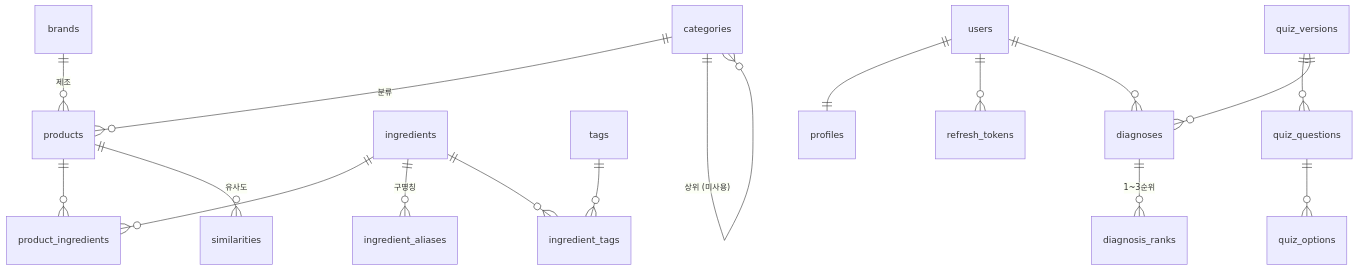
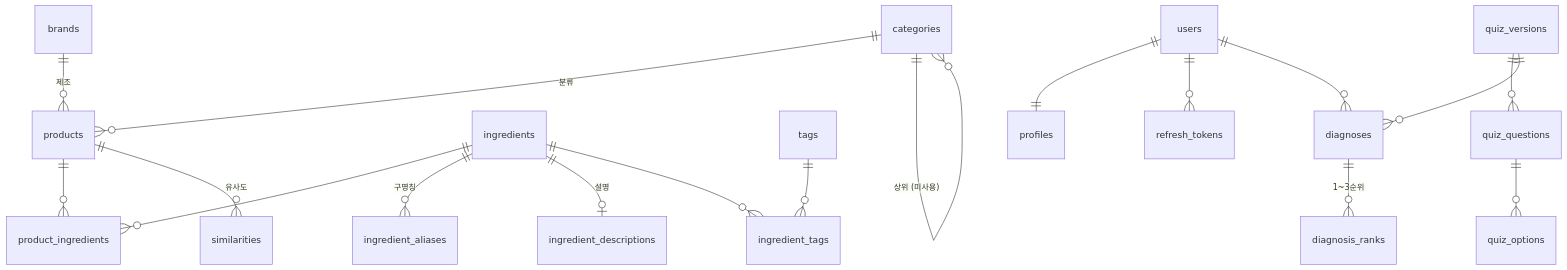
Before and after one commit to EunSeong-Jo/capstone: the diagram in docs/db-schema.md, drawn with Mermaid. The commit also changed other lines of this file and 5 other files, not shown here.

First line of the commit message:
feat(db): 성분 설명 테이블 ingredient_descriptions 추가

````diff
--- a/docs/db-schema.md
+++ b/docs/db-schema.md
@@ -56,19 +56,20 @@
 ```mermaid
 erDiagram
   brands          ||--o{ products : "제조"
   categories      ||--o{ products : "분류"
   categories      ||--o{ categories : "상위 (미사용)"
   products        ||--o{ product_ingredients : ""
   ingredients     ||--o{ product_ingredients : ""
   ingredients     ||--o{ ingredient_aliases : "구명칭"
+  ingredients     ||--o| ingredient_descriptions : "설명"
   ingredients     ||--o{ ingredient_tags : ""
   tags            ||--o{ ingredient_tags : ""
   products        ||--o{ similarities : "유사도"
   users           ||--|| profiles : ""
   users           ||--o{ refresh_tokens : ""
   users           ||--o{ diagnoses : ""
   quiz_versions   ||--o{ quiz_questions : ""
   quiz_versions   ||--o{ diagnoses : ""
   quiz_questions  ||--o{ quiz_options : ""
   diagnoses       ||--o{ diagnosis_ranks : "1~3순위"
 ```
````
